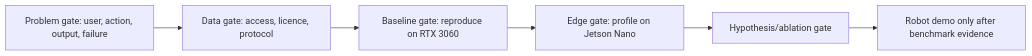
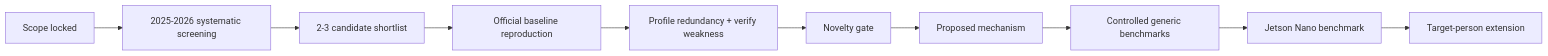
The diagram in docs/06_research_questions.md (KayIsora/Q1_TrackingResearch), drawn with Mermaid before and after one commit. The commit also changed other lines of this file, not shown here.

Commit message:
Align research questions with reopened baseline search

````diff
--- a/docs/06_research_questions.md
+++ b/docs/06_research_questions.md
@@ -21,8 +35,12 @@
 ```mermaid
 flowchart LR
-    A[Problem gate: user, action, output, failure] --> B[Data gate: access, licence, protocol]
-    B --> C[Baseline gate: reproduce on RTX 3060]
-    C --> D[Edge gate: profile on Jetson Nano]
-    D --> E[Hypothesis/ablation gate]
-    E --> F[Robot demo only after benchmark evidence]
+    A[Scope locked] --> B[2025-2026 systematic screening]
+    B --> C[2-3 candidate shortlist]
+    C --> D[Official baseline reproduction]
+    D --> E[Profile redundancy + verify weakness]
+    E --> F[Novelty gate]
+    F --> G[Proposed mechanism]
+    G --> H[Controlled generic benchmarks]
+    H --> I[Jetson Nano benchmark]
+    I --> J[Target-person extension]
 ```
````
